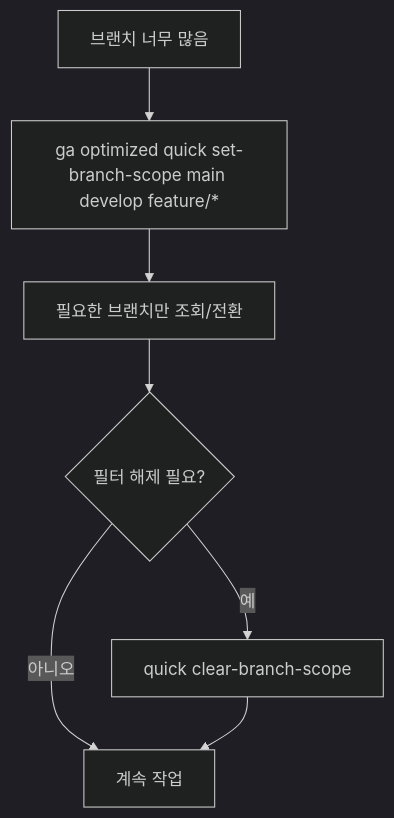
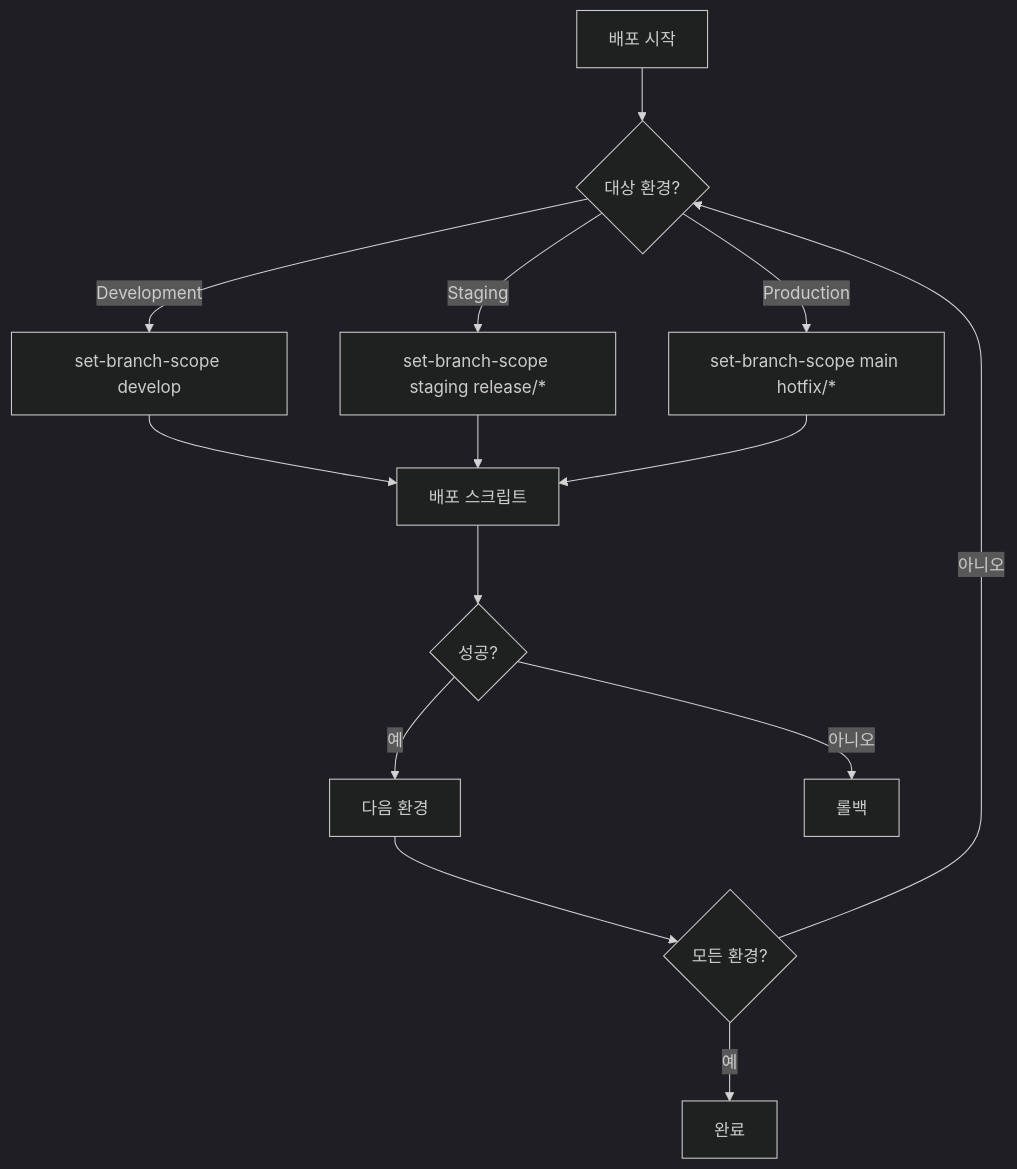
Before and after one commit to yoonhwan-neowiz/homebrew-workingcli: the eighth of 10 diagrams in GIT.WORK.md, drawn with Mermaid (dark theme). The commit also changed other lines of this file and 1 other file, not shown here.

````diff
--- a/GIT.WORK.md
+++ b/GIT.WORK.md
@@ -225,9 +316,16 @@
 ```mermaid
 flowchart TD
-  A[브랜치 너무 많음] --> B[ga optimized quick set-branch-scope main develop feature/*]
-  B --> C[필요한 브랜치만 조회/전환]
-  C --> D{필터 해제 필요?}
-  D -- 예 --> E[quick clear-branch-scope]
-  D -- 아니오 --> F[계속 작업]
+  A[배포 시작] --> B{대상 환경?}
+  B -->|Development| C[set-branch-scope develop]
+  B -->|Staging| D[set-branch-scope staging release/*]
+  B -->|Production| E[set-branch-scope main hotfix/*]
+  C --> F[배포 스크립트]
+  D --> F
   E --> F
+  F --> G{성공?}
+  G -->|예| H[다음 환경]
+  G -->|아니오| I[롤백]
+  H --> J{모든 환경?}
+  J -->|아니오| B
+  J -->|예| K[완료]
 ```
````
